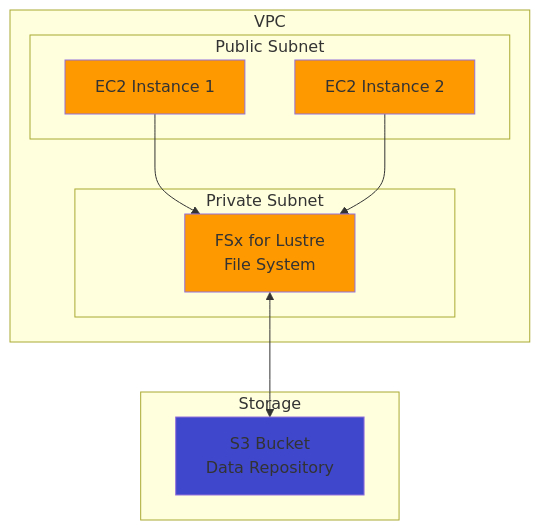
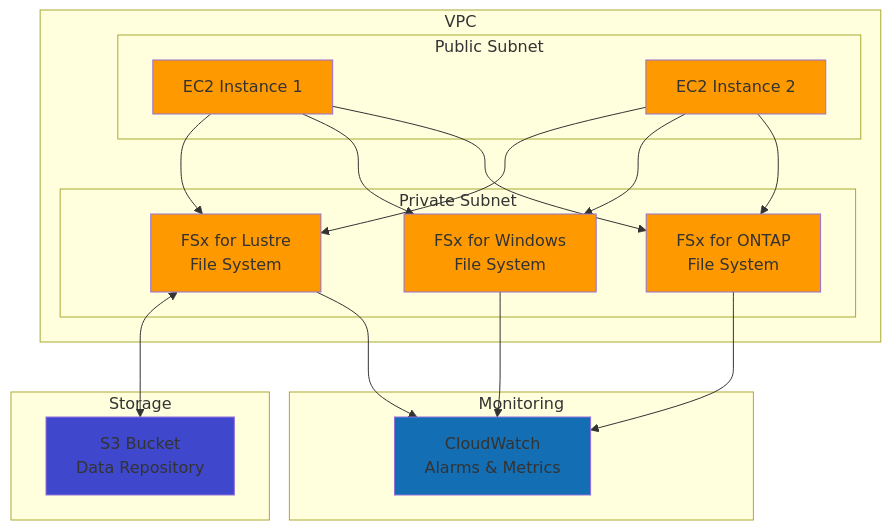
The diagram in aws/high-throughput-shared-storage/high-throughput-shared-storage.md (mzazon/awesome-cloud-projects), drawn with Mermaid before and after one commit. The commit also changed other lines of this file and 5581 other files, not shown here.

````diff
--- a/aws/high-throughput-shared-storage/high-throughput-shared-storage.md
+++ b/aws/high-throughput-shared-storage/high-throughput-shared-storage.md
@@ -31,26 +30,42 @@
 ```mermaid
 graph TB
     subgraph "VPC"
         subgraph "Public Subnet"
             EC2_1[EC2 Instance 1]
             EC2_2[EC2 Instance 2]
         end
         
         subgraph "Private Subnet"
-            FSX[FSx for Lustre<br/>File System]
+            FSX_L[FSx for Lustre<br/>File System]
+            FSX_W[FSx for Windows<br/>File System]
+            FSX_O[FSx for ONTAP<br/>File System]
         end
     end
     
     subgraph "Storage"
         S3[S3 Bucket<br/>Data Repository]
     end
     
-    EC2_1 --> FSX
-    EC2_2 --> FSX
-    FSX <--> S3
+    subgraph "Monitoring"
+        CW[CloudWatch<br/>Alarms & Metrics]
+    end
     
-    style FSX fill:#FF9900
+    EC2_1 --> FSX_L
+    EC2_1 --> FSX_W
+    EC2_1 --> FSX_O
+    EC2_2 --> FSX_L
+    EC2_2 --> FSX_W
+    EC2_2 --> FSX_O
+    FSX_L <--> S3
+    FSX_L --> CW
+    FSX_W --> CW
+    FSX_O --> CW
+    
+    style FSX_L fill:#FF9900
+    style FSX_W fill:#FF9900
+    style FSX_O fill:#FF9900
     style S3 fill:#3F48CC
     style EC2_1 fill:#FF9900
     style EC2_2 fill:#FF9900
+    style CW fill:#146EB4
 ```
````
